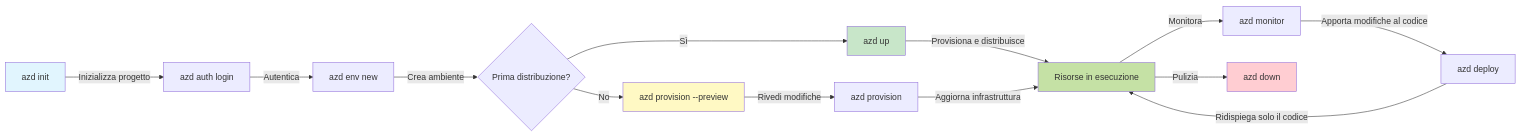
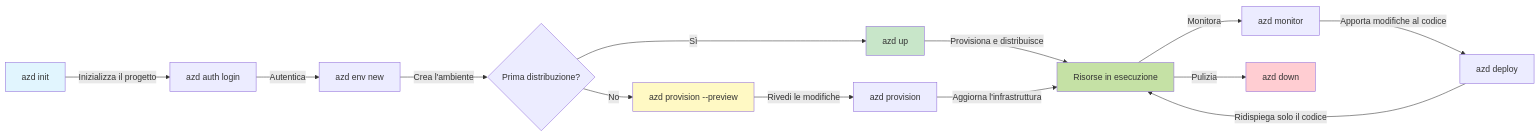
Before and after one commit to microsoft/AZD-for-beginners: the first of 2 diagrams in translations/it/docs/chapter-01-foundation/azd-basics.md, drawn with Mermaid. The commit also changed other lines of this file and 101 other files, not shown here.

````diff
--- a/translations/it/docs/chapter-01-foundation/azd-basics.md
+++ b/translations/it/docs/chapter-01-foundation/azd-basics.md
@@ -269,21 +269,21 @@
 ```mermaid
 graph LR
-    A[azd init] -->|Inizializza progetto| B[azd auth login]
+    A[azd init] -->|Inizializza il progetto| B[azd auth login]
     B -->|Autentica| C[azd env new]
-    C -->|Crea ambiente| D{Prima distribuzione?}
+    C -->|Crea l'ambiente| D{Prima distribuzione?}
     D -->|Sì| E[azd up]
     D -->|No| F[azd provision --preview]
-    F -->|Rivedi modifiche| G[azd provision]
+    F -->|Rivedi le modifiche| G[azd provision]
     E -->|Provisiona e distribuisce| H[Risorse in esecuzione]
-    G -->|Aggiorna infrastruttura| H
+    G -->|Aggiorna l'infrastruttura| H
     H -->|Monitora| I[azd monitor]
     I -->|Apporta modifiche al codice| J[azd deploy]
     J -->|Ridispiega solo il codice| H
     H -->|Pulizia| K[azd down]
     
     style A fill:#e1f5fe
     style E fill:#c8e6c9
     style F fill:#fff9c4
     style H fill:#c5e1a5
     style K fill:#ffcdd2
 ```
````
